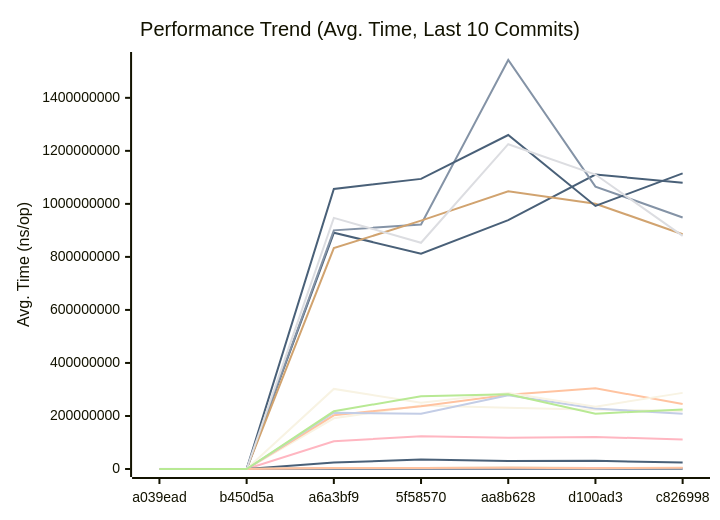
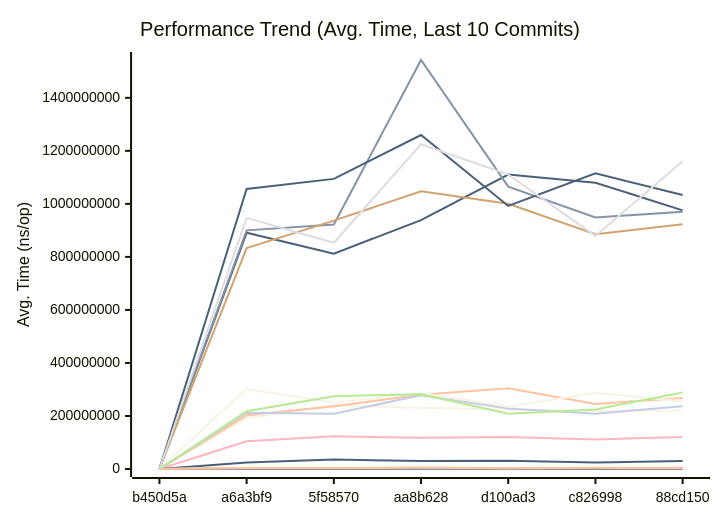
The first of 3 diagrams in docs/PERFORMANCE.md (alsotoes/momo), drawn with Mermaid before and after one commit. The commit also changed other lines of this file and 151 other files, not shown here.

````diff
--- a/docs/PERFORMANCE.md
+++ b/docs/PERFORMANCE.md
@@ -252,42 +252,42 @@
 ```mermaid
 xychart-beta
     title "Performance Trend (Avg. Time, Last 10 Commits)"
     x-axis "Commit"
     y-axis "Avg. Time (ns/op)"
-    x-axis [a039ead,b450d5a,a6a3bf9,5f58570,aa8b628,d100ad3,c826998]
-    line "AWSChunkedReaderSigned" [498069,465911,433775,468904,508062,513734,453907,508785,905557,534318]
-    line "AWSChunkedReaderUnsigned" [468690,435995,410570,459580,513068,555370,434075,493616,894454,593403]
-    line "CheckMetricsAndSwap" [11,8,8,8,10,10,10,9,15,11]
-    line "CrushOptimized" [314,313,296,324,395,388,377,359,624,439]
-    line "CrushOriginal" [468,438,389,424,500,510,457,482,891,591]
-    line "FormatListObjectsV2XML_AppendFormat" [0,0,585500,632895,781453,825885,607733,755798,1466071,913648]
-    line "FormatListObjectsV2XML_OldFormat" [0,0,385936,392685,437988,457438,384420,452349,876006,527726]
-    line "HashBytes/1MiB" [0,0,2943044,3455198,4083758,3234966,3413080,3456264,5810430,3924626]
-    line "HashBytes/256MiB" [0,0,890920045,812286372,938923522,1110812216,1079738977,975610814,1722861401,1334138916]
-    line "HashBytes/64MiB" [0,0,191159849,239861268,230821474,223678991,219197938,219466744,396388379,282406448]
-    line "HashFile/1MiB" [0,0,3438255,3866812,3929226,4016890,4018511,4015638,6883319,4730225]
-    line "HashFile/256MiB" [0,0,900152012,922386758,1542681975,1065256239,948781835,970019312,1664168720,1110334520]
-    line "HashFile/64MiB" [0,0,202378726,236988193,279832912,304125965,245379512,268034657,434196622,280320210]
-    line "IndexDirectTracking" [0,0,0,0,0,1,0,0,1,1]
-    line "IndexSearch" [2,2,3,3,3,3,2,2,4,2]
-    line "LoadGlobalConfig" [9052,8987,8373,9135,11430,10521,10213,10358,20717,13477]
-    line "LocalWrite/1MiB" [0,0,386344,535333,623012,523182,386063,1014308,861821,620083]
-    line "LocalWrite/256MiB" [0,0,104739454,123322682,118227363,120742842,111644085,120805038,188719012,163107200]
-    line "LocalWrite/64MiB" [0,0,24065226,35686954,30222165,31091015,24172266,30061816,44391316,34009604]
-    line "PadString" [47,44,41,47,91,57,43,54,108,74]
+    x-axis [b450d5a,a6a3bf9,5f58570,aa8b628,d100ad3,c826998,88cd150]
+    line "AWSChunkedReaderSigned" [465911,433775,468904,508062,513734,453907,508785,905557,534318,636346]
+    line "AWSChunkedReaderUnsigned" [435995,410570,459580,513068,555370,434075,493616,894454,593403,613680]
+    line "CheckMetricsAndSwap" [8,8,8,10,10,10,9,15,11,13]
+    line "CrushOptimized" [313,296,324,395,388,377,359,624,439,383]
+    line "CrushOriginal" [438,389,424,500,510,457,482,891,591,678]
+    line "FormatListObjectsV2XML_AppendFormat" [0,585500,632895,781453,825885,607733,755798,1466071,913648,876655]
+    line "FormatListObjectsV2XML_OldFormat" [0,385936,392685,437988,457438,384420,452349,876006,527726,499237]
+    line "HashBytes/1MiB" [0,2943044,3455198,4083758,3234966,3413080,3456264,5810430,3924626,3806841]
+    line "HashBytes/256MiB" [0,890920045,812286372,938923522,1110812216,1079738977,975610814,1722861401,1334138916,1086104803]
+    line "HashBytes/64MiB" [0,191159849,239861268,230821474,223678991,219197938,219466744,396388379,282406448,294324496]
+    line "HashFile/1MiB" [0,3438255,3866812,3929226,4016890,4018511,4015638,6883319,4730225,4355866]
+    line "HashFile/256MiB" [0,900152012,922386758,1542681975,1065256239,948781835,970019312,1664168720,1110334520,1039461142]
+    line "HashFile/64MiB" [0,202378726,236988193,279832912,304125965,245379512,268034657,434196622,280320210,335648128]
+    line "IndexDirectTracking" [0,0,0,0,1,0,0,1,1,0]
+    line "IndexSearch" [2,3,3,3,3,2,2,4,2,2]
+    line "LoadGlobalConfig" [8987,8373,9135,11430,10521,10213,10358,20717,13477,12586]
+    line "LocalWrite/1MiB" [0,386344,535333,623012,523182,386063,1014308,861821,620083,533203]
+    line "LocalWrite/256MiB" [0,104739454,123322682,118227363,120742842,111644085,120805038,188719012,163107200,137014284]
+    line "LocalWrite/64MiB" [0,24065226,35686954,30222165,31091015,24172266,30061816,44391316,34009604,32925149]
+    line "PadString" [44,41,47,91,57,43,54,108,74,66]
     line "ParseReplicationOrder_NoPrealloc" [350,349,357,354,345,225,229,165,232,234]
     line "ParseReplicationOrder_Prealloc" [229,231,237,234,229,108,107,80,110,109]
-    line "Placement" [0,0,4402,4818,5406,5565,5457,4982,9769,7169]
-    line "PlacementDomainSpread" [0,0,4713,5072,5712,5726,5715,5363,10254,7367]
-    line "ReadVerify/1MiB" [0,0,3322226,4158622,4423216,3880705,3695998,3063023,6669899,5893653]
-    line "ReadVerify/256MiB" [0,0,833047448,936726754,1047336519,1000480549,885690851,923410779,1681161525,1292102083]
-    line "ReadVerify/64MiB" [0,0,212456699,208430448,278276063,227817182,208677144,236746582,475503443,368423405]
-    line "S3PutSpool/1MiB" [0,0,3659136,3725511,4622411,4130137,3968364,5120338,8098804,5792248]
-    line "S3PutSpool/256MiB" [0,0,1056311038,1094320670,1259669614,992342042,1114984906,1033132692,2014620633,1552306291]
-    line "S3PutSpool/64MiB" [0,0,302092155,249542876,286259711,234949006,287125834,255515959,504549456,376146327]
-    line "SanitizeLog/Safe" [248,275,222,246,264,286,222,310,494,332]
-    line "SanitizeLog/Unsafe" [749,710,674,741,900,848,591,715,1256,854]
-    line "TrustedRead/1MiB" [0,0,3530931,3629261,4639890,3222989,4353885,3601064,7771585,4314592]
-    line "TrustedRead/256MiB" [0,0,947127786,853259220,1225064259,1110598924,879089092,1160948664,2001362379,1265914846]
-    line "TrustedRead/64MiB" [0,0,217573714,274674598,281874202,208613545,224760418,288480214,466675929,361331755]
+    line "Placement" [0,4402,4818,5406,5565,5457,4982,9769,7169,6982]
+    line "PlacementDomainSpread" [0,4713,5072,5712,5726,5715,5363,10254,7367,6165]
+    line "ReadVerify/1MiB" [0,3322226,4158622,4423216,3880705,3695998,3063023,6669899,5893653,4349552]
+    line "ReadVerify/256MiB" [0,833047448,936726754,1047336519,1000480549,885690851,923410779,1681161525,1292102083,1527966144]
+    line "ReadVerify/64MiB" [0,212456699,208430448,278276063,227817182,208677144,236746582,475503443,368423405,360046306]
+    line "S3PutSpool/1MiB" [0,3659136,3725511,4622411,4130137,3968364,5120338,8098804,5792248,4040951]
+    line "S3PutSpool/256MiB" [0,1056311038,1094320670,1259669614,992342042,1114984906,1033132692,2014620633,1552306291,1093403586]
+    line "S3PutSpool/64MiB" [0,302092155,249542876,286259711,234949006,287125834,255515959,504549456,376146327,294844128]
+    line "SanitizeLog/Safe" [275,222,246,264,286,222,310,494,332,277]
+    line "SanitizeLog/Unsafe" [710,674,741,900,848,591,715,1256,854,1098]
+    line "TrustedRead/1MiB" [0,3530931,3629261,4639890,3222989,4353885,3601064,7771585,4314592,6674262]
+    line "TrustedRead/256MiB" [0,947127786,853259220,1225064259,1110598924,879089092,1160948664,2001362379,1265914846,1581862210]
+    line "TrustedRead/64MiB" [0,217573714,274674598,281874202,208613545,224760418,288480214,466675929,361331755,408809763]
 ```
````
